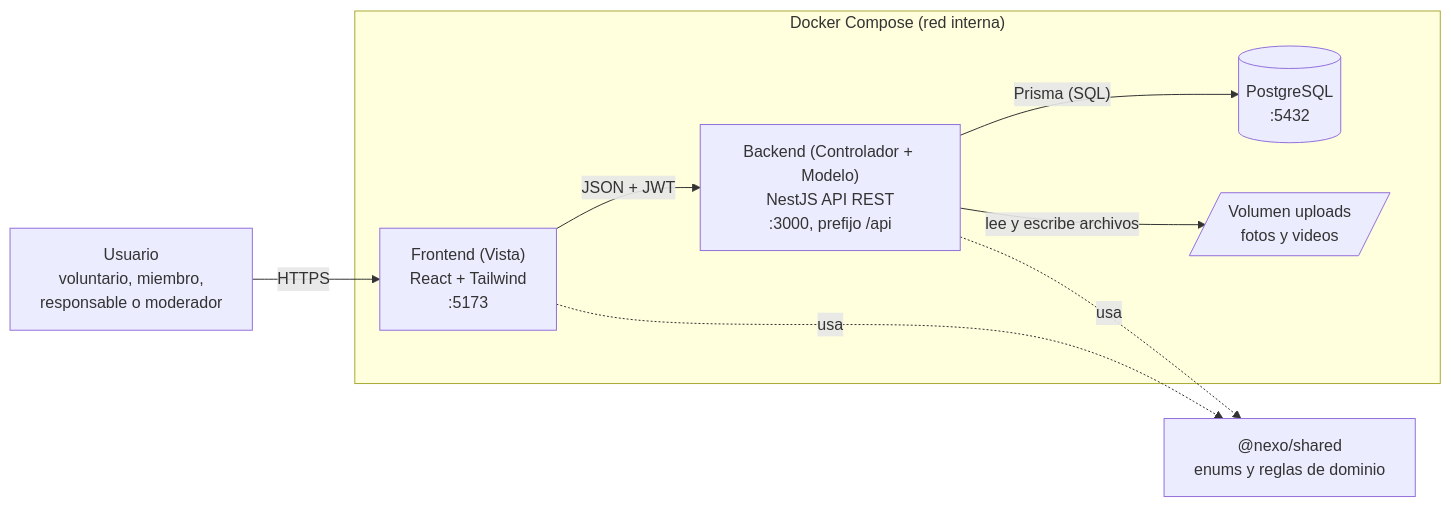
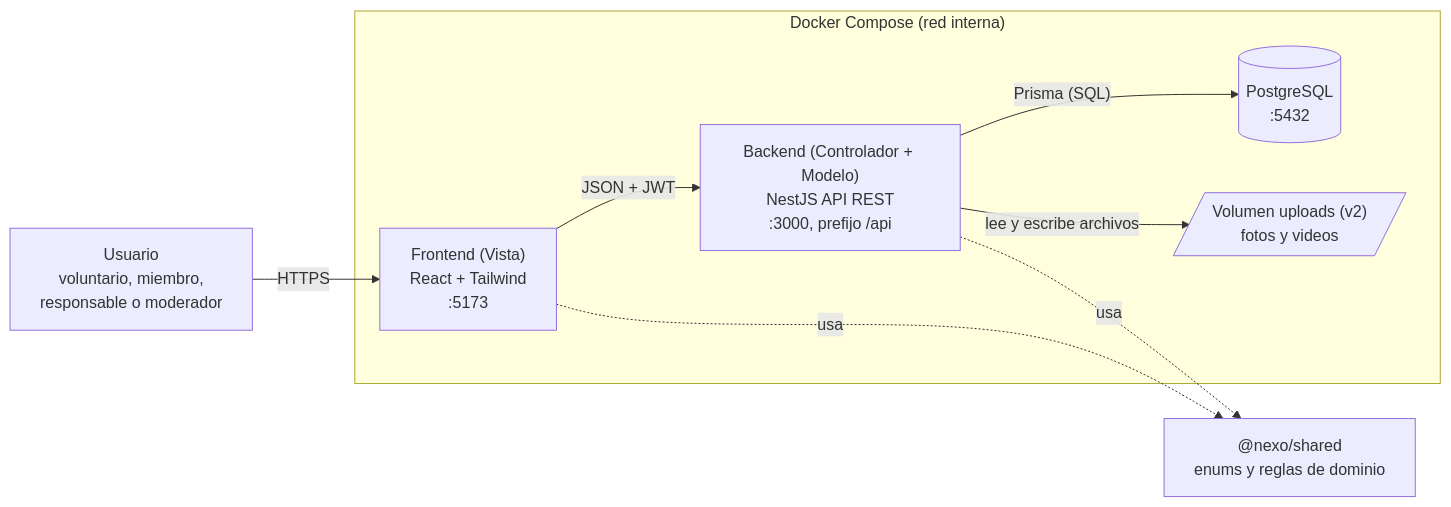
One commit to wesdell/nexo-huertos-medicinales changed the first of 5 diagrams in docs/arquitectura-y-diseno/arquitectura.md. Above: the diagram before and after it, drawn with Mermaid. The commit also changed other lines of this file and 14 other files, not shown here.

````diff
--- a/docs/arquitectura-y-diseno/arquitectura.md
+++ b/docs/arquitectura-y-diseno/arquitectura.md
@@ -15,20 +17,20 @@
 ```mermaid
 flowchart LR
     U["Usuario<br/>voluntario, miembro,<br/>responsable o moderador"]
 
     subgraph DOCKER["Docker Compose (red interna)"]
         FE["Frontend (Vista)<br/>React + Tailwind<br/>:5173"]
         BE["Backend (Controlador + Modelo)<br/>NestJS API REST<br/>:3000, prefijo /api"]
         DB[("PostgreSQL<br/>:5432")]
-        FS[/"Volumen uploads<br/>fotos y videos"/]
+        FS[/"Volumen uploads (v2)<br/>fotos y videos"/]
     end
 
     SH["@nexo/shared<br/>enums y reglas de dominio"]
 
     U -->|HTTPS| FE
     FE -->|"JSON + JWT"| BE
     BE -->|"Prisma (SQL)"| DB
     BE -->|"lee y escribe archivos"| FS
     FE -. "usa" .-> SH
     BE -. "usa" .-> SH
 ```
````
